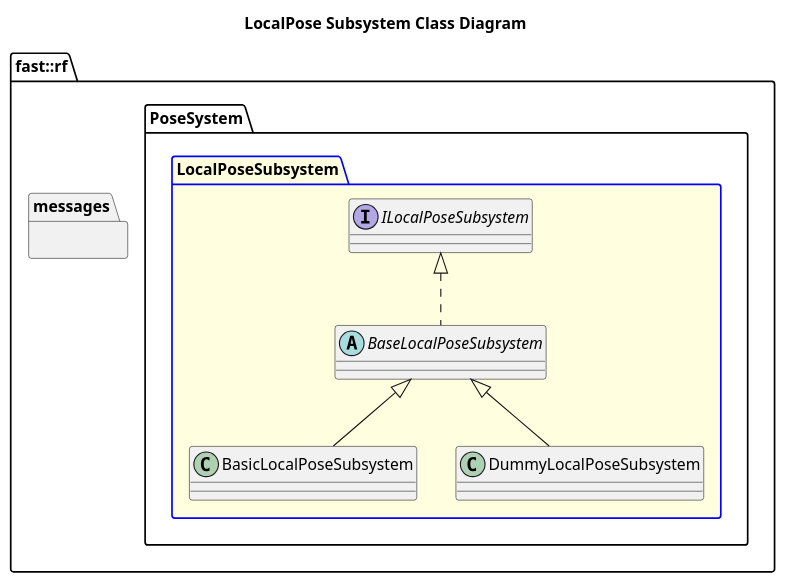
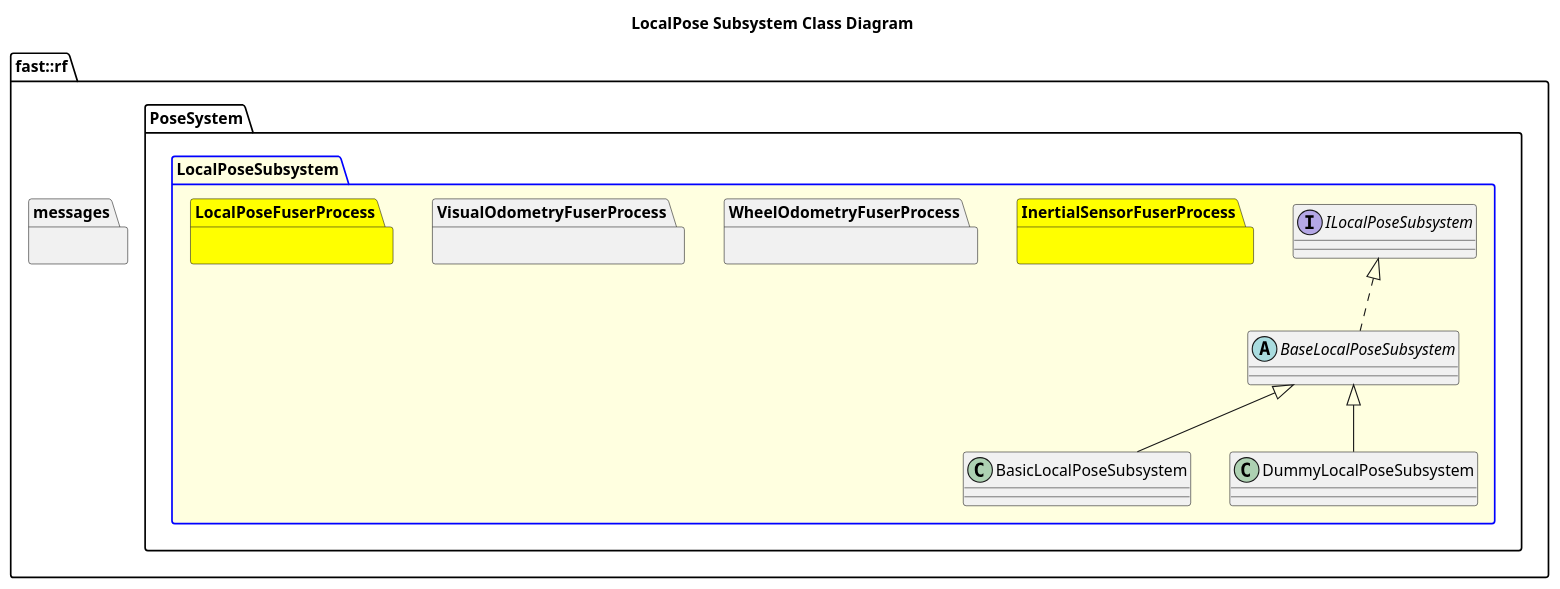
Before and after one commit to fastrobotics/robot_framework: the diagram in Systems/Pose/Subsystems/LocalPose/doc/puml/LocalPoseSubsystemClassDiagram.puml, drawn with PlantUML. The commit also changed 38 other files, not shown here.

```diff
--- a/Systems/Pose/Subsystems/LocalPose/doc/puml/LocalPoseSubsystemClassDiagram.puml
+++ b/Systems/Pose/Subsystems/LocalPose/doc/puml/LocalPoseSubsystemClassDiagram.puml
@@ -1,24 +1,37 @@
 @startuml
 title LocalPose Subsystem Class Diagram
 namespace fast::rf {
   namespace messages {
   }
   namespace PoseSystem {
     package LocalPoseSubsystem #LightYellow;line:blue {
       interface ILocalPoseSubsystem {
 
       }
       abstract BaseLocalPoseSubsystem {
 
       }
       BaseLocalPoseSubsystem .up.|> ILocalPoseSubsystem
       class BasicLocalPoseSubsystem {
       }
       BasicLocalPoseSubsystem -up-|> BaseLocalPoseSubsystem
       class DummyLocalPoseSubsystem {
       }
       DummyLocalPoseSubsystem -up-|> BaseLocalPoseSubsystem
+      namespace InertialSensorFuserProcess #Yellow {
+
+      }
+      namespace WheelOdometryFuserProcess {
+
+      }
+      namespace VisualOdometryFuserProcess {
+
+      }
+      namespace LocalPoseFuserProcess #Yellow {
+        
+      }
+
     }
   }
 }
 @enduml
```
